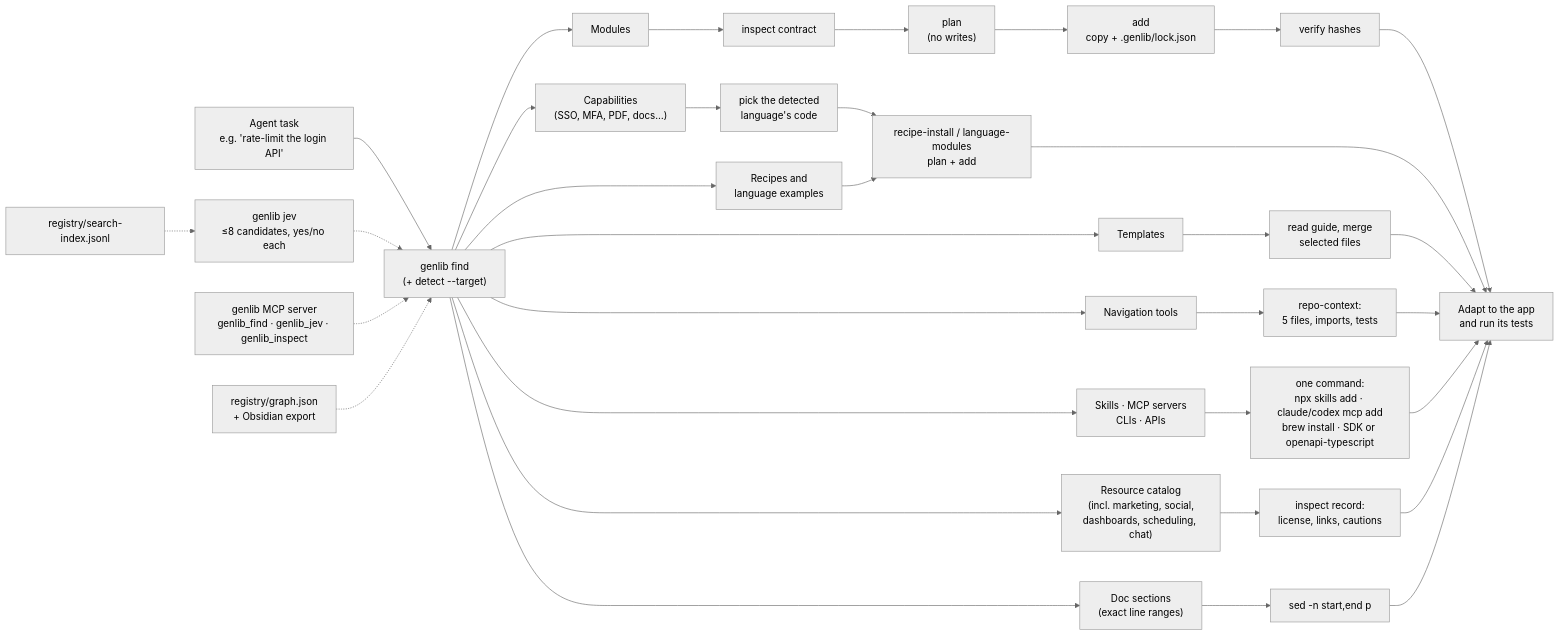
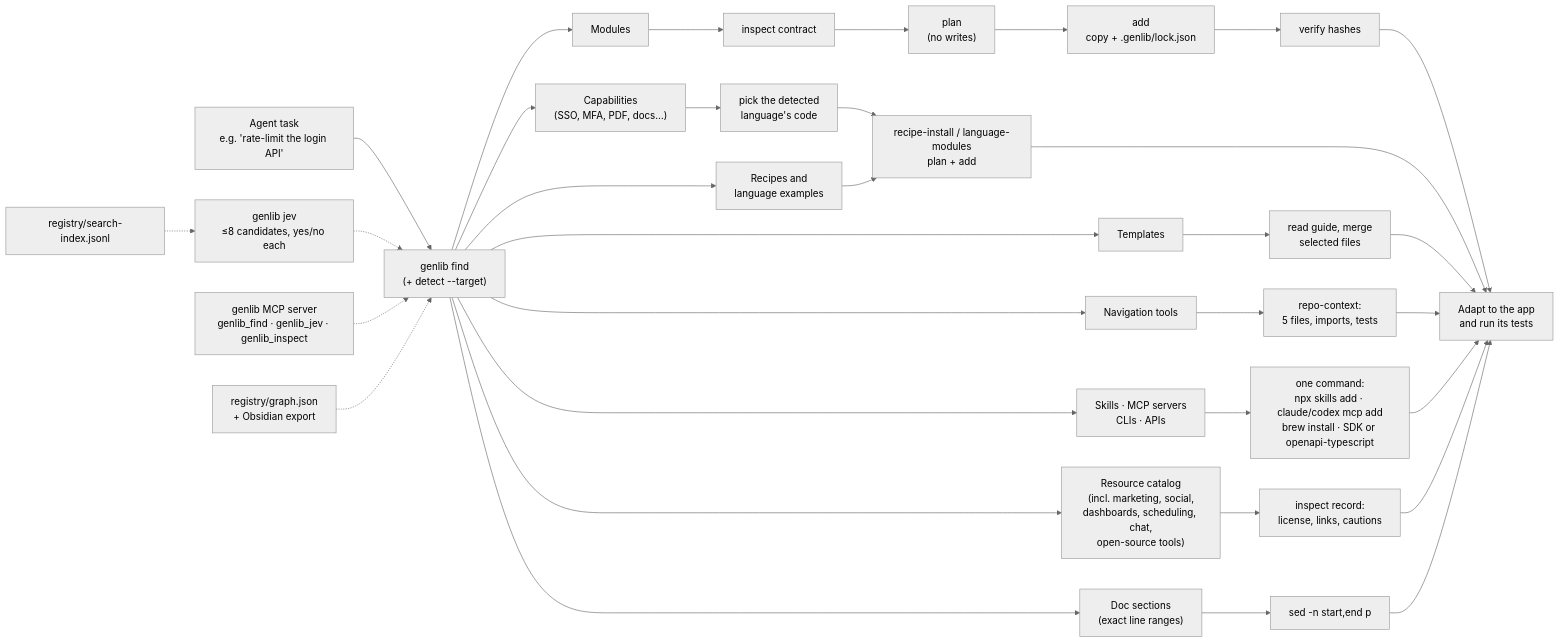
One commit to athompson83/genlib changed the diagram in README.md. Above: the diagram before and after it, drawn with Mermaid (neutral theme). The commit also changed 12 other files, not shown here.

First line of the commit message:
Add 1,242 popular open-source tools with the products they replace

````diff
--- a/README.md
+++ b/README.md
@@ -54,24 +54,24 @@
 ```mermaid
 flowchart LR
   Task["Agent task<br/>e.g. 'rate-limit the login API'"] --> Find["genlib find<br/>(+ detect --target)"]
   Find --> C["Capabilities<br/>(SSO, MFA, PDF, docs…)"]
   Find --> M["Modules"]
   Find --> R["Recipes and<br/>language examples"]
   Find --> T["Templates"]
   Find --> N["Navigation tools"]
   Find --> S["Skills · MCP servers<br/>CLIs · APIs"]
-  Find --> X["Resource catalog<br/>(incl. marketing, social,<br/>dashboards, scheduling, chat)"]
+  Find --> X["Resource catalog<br/>(incl. marketing, social,<br/>dashboards, scheduling, chat,<br/>open-source tools)"]
   Find --> D["Doc sections<br/>(exact line ranges)"]
   Jev["genlib jev<br/>≤8 candidates, yes/no each"] -.-> Find
   Index["registry/search-index.jsonl"] -.-> Jev
   MCP["genlib MCP server<br/>genlib_find · genlib_jev · genlib_inspect"] -.-> Find
   Graph["registry/graph.json<br/>+ Obsidian export"] -.-> Find
   M --> Inspect["inspect contract"] --> Plan["plan<br/>(no writes)"] --> Add["add<br/>copy + .genlib/lock.json"] --> Verify["verify hashes"] --> App["Adapt to the app<br/>and run its tests"]
   C --> Lang["pick the detected<br/>language's code"] --> Copy
   R --> Copy["recipe-install / language-modules<br/>plan + add"] --> App
   T --> Merge["read guide, merge<br/>selected files"] --> App
   N --> Context["repo-context:<br/>5 files, imports, tests"] --> App
   S --> SkillAdd["one command:<br/>npx skills add · claude/codex mcp add<br/>brew install · SDK or openapi-typescript"] --> App
   X --> Adopt["inspect record:<br/>license, links, cautions"] --> App
   D --> Section["sed -n start,end p"] --> App
 ```
````
